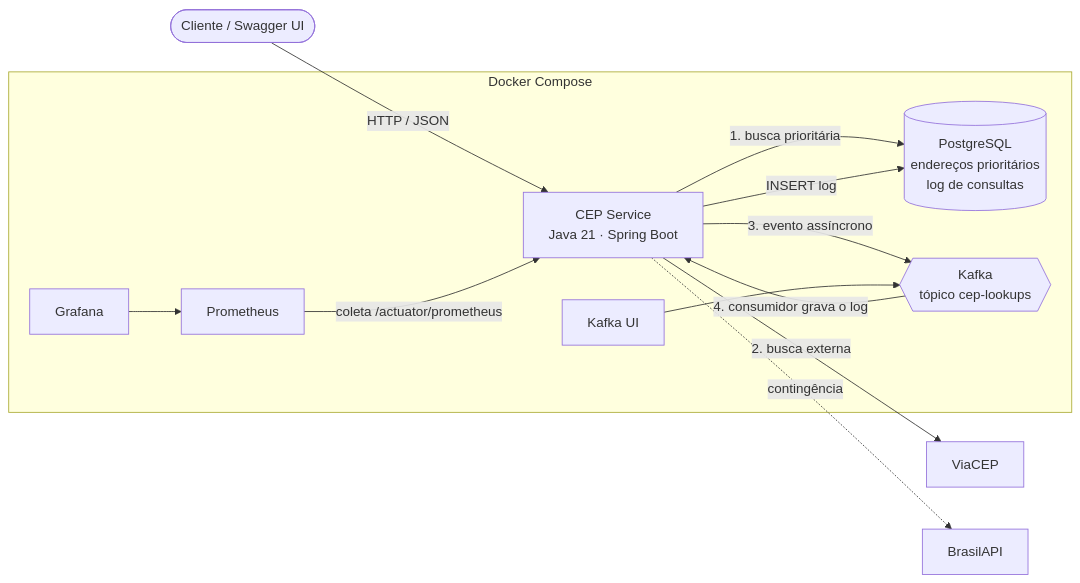
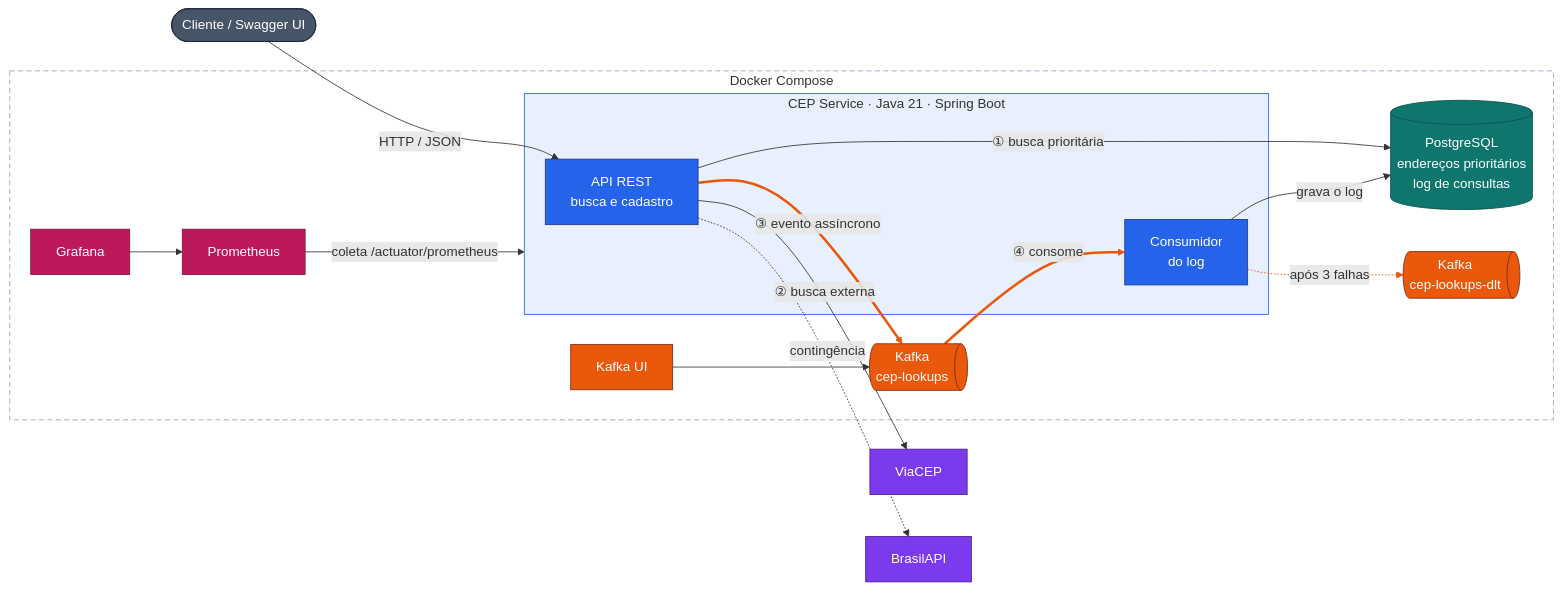
Before and after one commit to thales-mro/cep-service: the first of 5 diagrams in docs/arquitetura.md, drawn with Mermaid. The commit also changed other lines of this file and 1 other file, not shown here.

First line of the commit message:
Colore os diagramas e usa símbolo de fila para o Kafka

````diff
--- a/docs/arquitetura.md
+++ b/docs/arquitetura.md
@@ -7,27 +12,49 @@
 ```mermaid
 flowchart LR
     client([Cliente / Swagger UI])
 
     subgraph docker[Docker Compose]
-        app[CEP Service<br/>Java 21 · Spring Boot]
+        subgraph svc[CEP Service · Java 21 · Spring Boot]
+            api[API REST<br/>busca e cadastro]
+            consumer[Consumidor<br/>do log]
+        end
         pg[(PostgreSQL<br/>endereços prioritários<br/>log de consultas)]
-        kafka{{Kafka<br/>tópico cep-lookups}}
+        topic@{ shape: h-cyl, label: "Kafka<br/>cep-lookups" }
+        dlt@{ shape: h-cyl, label: "Kafka<br/>cep-lookups-dlt" }
         prom[Prometheus]
         graf[Grafana]
         kui[Kafka UI]
     end
 
     viacep[ViaCEP]
     brasil[BrasilAPI]
 
-    client -- "HTTP / JSON" --> app
-    app -- "1. busca prioritária" --> pg
-    app -- "2. busca externa" --> viacep
-    app -. "contingência" .-> brasil
-    app -- "3. evento assíncrono" --> kafka
-    kafka -- "4. consumidor grava o log" --> app
-    app -- "INSERT log" --> pg
-    prom -- "coleta /actuator/prometheus" --> app
+    client -- "HTTP / JSON" --> api
+    api -- "① busca prioritária" --> pg
+    api -- "② busca externa" --> viacep
+    api -. "contingência" .-> brasil
+    api == "③ evento assíncrono" ==> topic
+    topic == "④ consome" ==> consumer
+    consumer -- "grava o log" --> pg
+    consumer -. "após 3 falhas" .-> dlt
+    prom -- "coleta /actuator/prometheus" --> svc
     graf --> prom
-    kui --> kafka
+    kui --> topic
+
+    classDef client fill:#475569,stroke:#1e293b,color:#fff
+    classDef app fill:#2563eb,stroke:#1e3a8a,color:#fff
+    classDef data fill:#0f766e,stroke:#134e4a,color:#fff
+    classDef messaging fill:#ea580c,stroke:#7c2d12,color:#fff
+    classDef external fill:#7c3aed,stroke:#4c1d95,color:#fff
+    classDef observability fill:#be185d,stroke:#831843,color:#fff
+    class client client
+    class api,consumer app
+    class pg data
+    class topic,dlt,kui messaging
+    class viacep,brasil external
+    class prom,graf observability
+    style docker fill:none,stroke:#94a3b8,stroke-dasharray:6 4
+    style svc fill:#2563eb1a,stroke:#2563eb
+    linkStyle 4,5 stroke:#ea580c,stroke-width:3px
+    linkStyle 7 stroke:#ea580c
 ```
````
